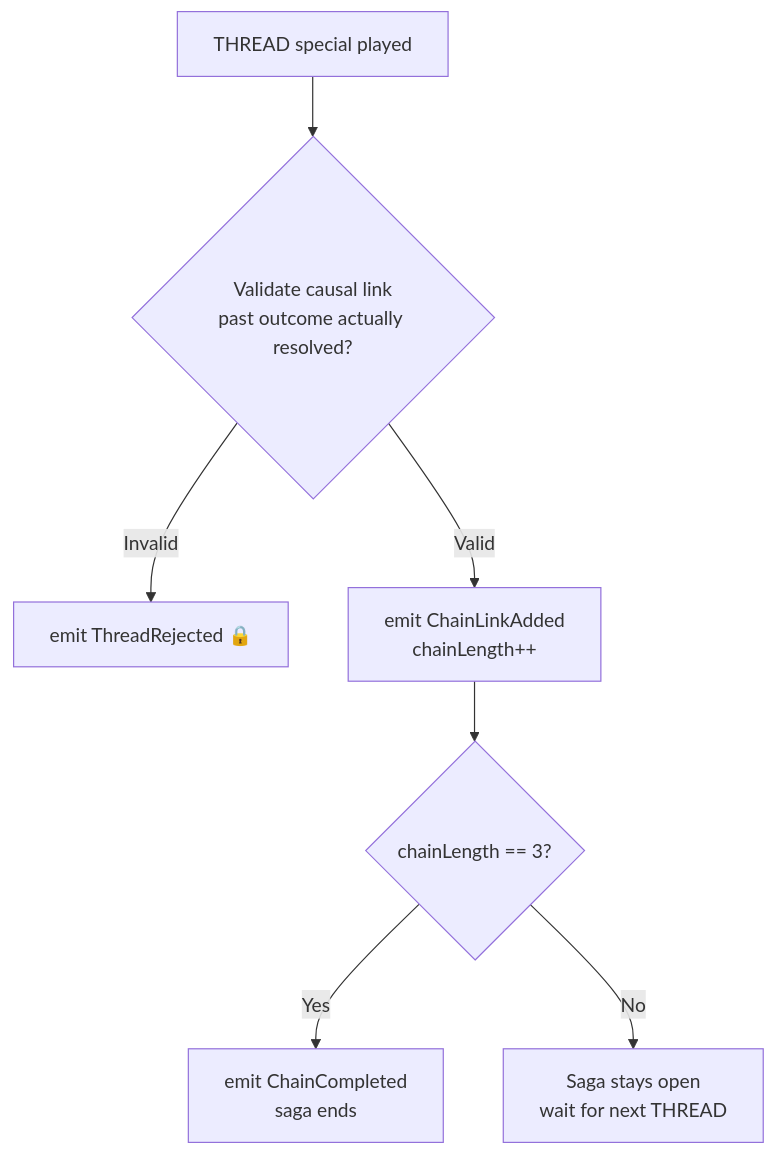
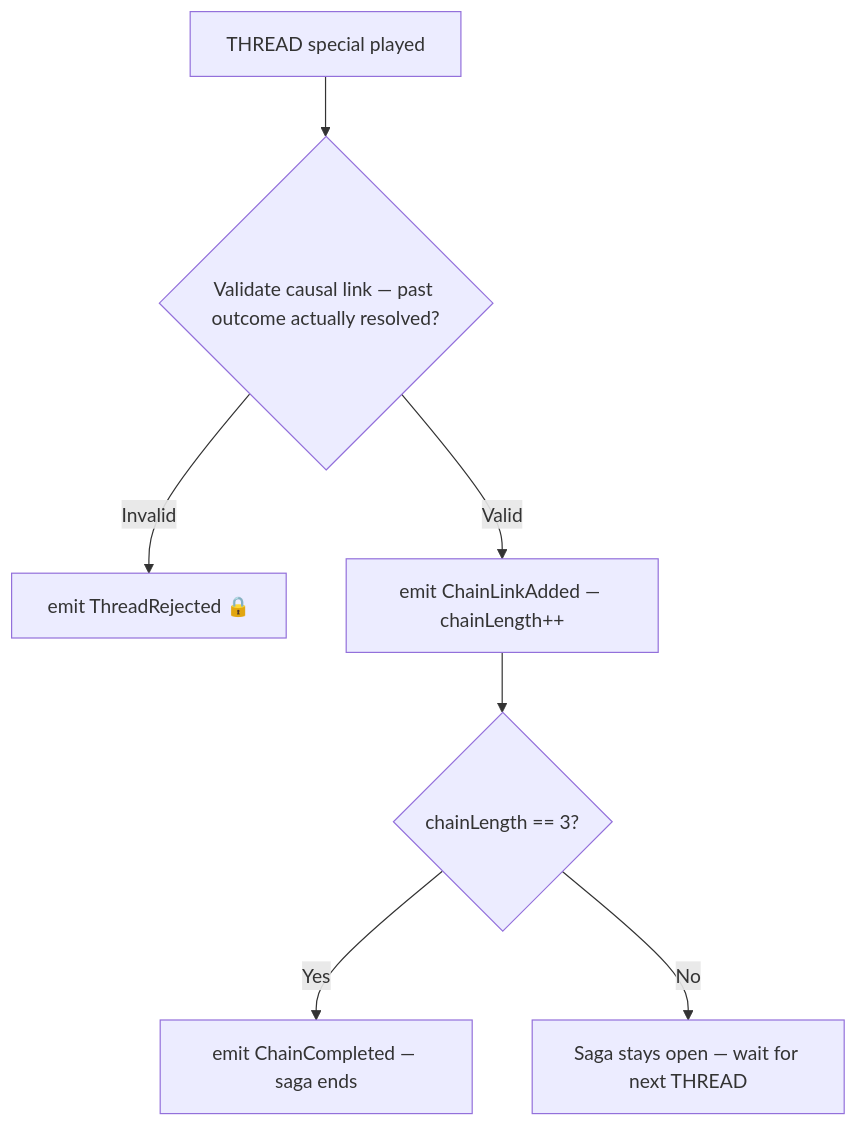
The diagram in sagas/special.mdx (temporal-rift/docs), drawn with Mermaid before and after one commit. The commit also changed 9 other files, not shown here.

First line of the commit message:
fix: replace literal \n in Mermaid node labels with em-dash separator

````diff
--- a/sagas/special.mdx
+++ b/sagas/special.mdx
@@ -16,9 +16,9 @@
 ```mermaid
 flowchart TD
-  A[THREAD special played] --> B{Validate causal link\npast outcome actually resolved?}
+  A[THREAD special played] --> B{Validate causal link — past outcome actually resolved?}
   B -->|Invalid| C[emit ThreadRejected 🔒]
-  B -->|Valid| D[emit ChainLinkAdded\nchainLength++]
+  B -->|Valid| D[emit ChainLinkAdded — chainLength++]
   D --> E{chainLength == 3?}
-  E -->|Yes| F[emit ChainCompleted\nsaga ends]
-  E -->|No| G[Saga stays open\nwait for next THREAD]
+  E -->|Yes| F[emit ChainCompleted — saga ends]
+  E -->|No| G[Saga stays open — wait for next THREAD]
 ```
````
